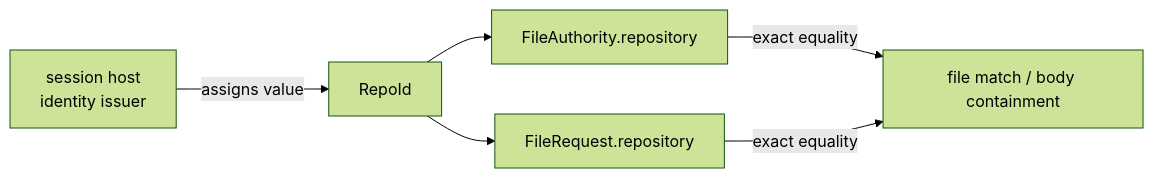
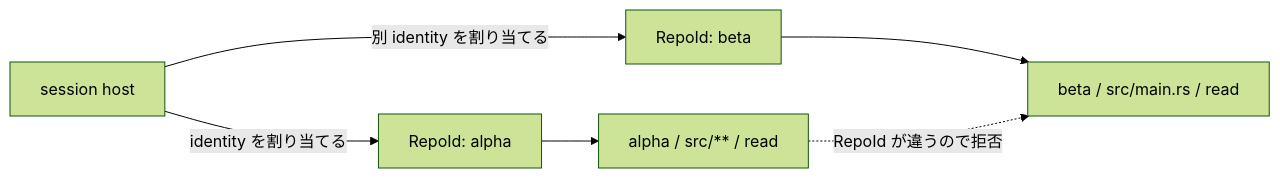
The diagram in docs/authority-core/repository-identities.md (Aqua-218/SecCamp-AIAgent), drawn with Mermaid (forest theme) before and after one commit. The commit also changed other lines of this file, not shown here.

Commit message:
docs(authority): clarify repository identity boundary

````diff
--- a/docs/authority-core/repository-identities.md
+++ b/docs/authority-core/repository-identities.md
@@ -40,8 +35,8 @@
 ```mermaid
 flowchart LR
-    host["session host<br/>identity issuer"] -->|"assigns value"| repo["RepoId"]
-    repo --> authority["FileAuthority.repository"]
-    repo --> request["FileRequest.repository"]
-    authority -->|"exact equality"| match["file match / body containment"]
-    request -->|"exact equality"| match
+    host["session host"] -->|identity を割り当てる| alpha["RepoId: alpha"]
+    host -->|別 identity を割り当てる| beta["RepoId: beta"]
+    alpha --> alphaAuth["alpha / src/** / read"]
+    beta --> betaRequest["beta / src/main.rs / read"]
+    alphaAuth -.->|RepoId が違うので拒否| betaRequest
 ```
````
